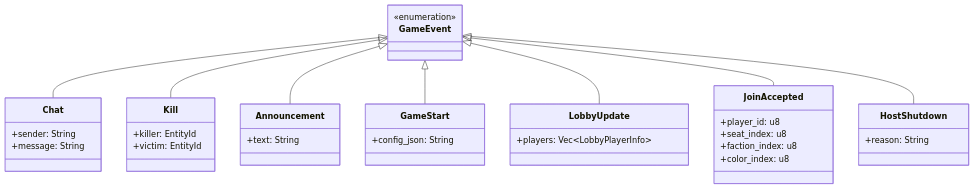
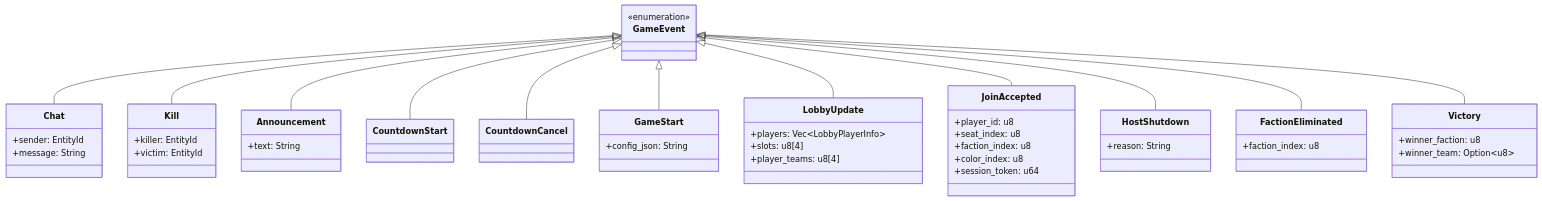
One commit to pashaydev/RTS changed the sixth of 11 diagrams in docs/multiplayer-architecture.md. Above: the diagram before and after it, drawn with Mermaid. The commit also changed other lines of this file and 105 other files, not shown here.

````diff
--- a/docs/multiplayer-architecture.md
+++ b/docs/multiplayer-architecture.md
@@ -334,40 +353,56 @@
 ```mermaid
 classDiagram
     class GameEvent {
         <<enumeration>>
     }
     class Chat {
-        +sender: String
+        +sender: EntityId
         +message: String
     }
     class Kill {
         +killer: EntityId
         +victim: EntityId
     }
     class Announcement {
         +text: String
     }
+    class CountdownStart
+    class CountdownCancel
     class GameStart {
         +config_json: String
     }
     class LobbyUpdate {
         +players: Vec~LobbyPlayerInfo~
+        +slots: u8[4]
+        +player_teams: u8[4]
     }
     class JoinAccepted {
         +player_id: u8
         +seat_index: u8
         +faction_index: u8
         +color_index: u8
+        +session_token: u64
     }
     class HostShutdown {
         +reason: String
+    }
+    class FactionEliminated {
+        +faction_index: u8
+    }
+    class Victory {
+        +winner_faction: u8
+        +winner_team: Option~u8~
     }
 
     GameEvent <|-- Chat
     GameEvent <|-- Kill
     GameEvent <|-- Announcement
+    GameEvent <|-- CountdownStart
+    GameEvent <|-- CountdownCancel
     GameEvent <|-- GameStart
     GameEvent <|-- LobbyUpdate
     GameEvent <|-- JoinAccepted
     GameEvent <|-- HostShutdown
+    GameEvent <|-- FactionEliminated
+    GameEvent <|-- Victory
 ```
````
